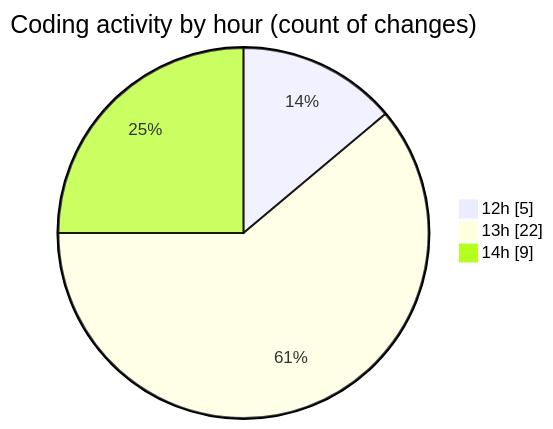
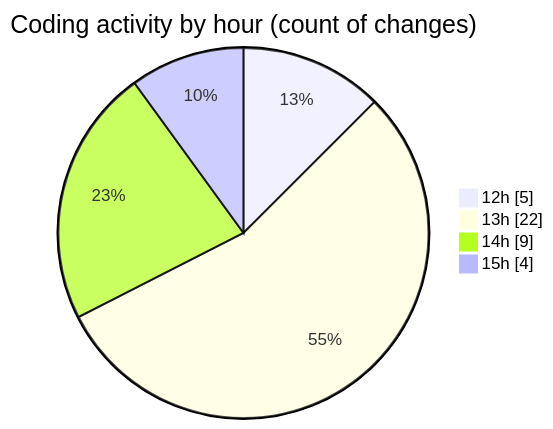
The second of 2 diagrams in 2025-04-19/myws__workspace_/README.md (MatusMokan/code-tracking), drawn with Mermaid before and after one commit. The commit also changed other lines of this file and 1 other file, not shown here.

````diff
--- a/2025-04-19/myws__workspace_/README.md
+++ b/2025-04-19/myws__workspace_/README.md
@@ -31,7 +31,8 @@
 ```mermaid
 pie showData
 title Coding activity by hour (count of changes)
 "12h" : 5
 "13h" : 22
 "14h" : 9
+"15h" : 4
 ```
````
